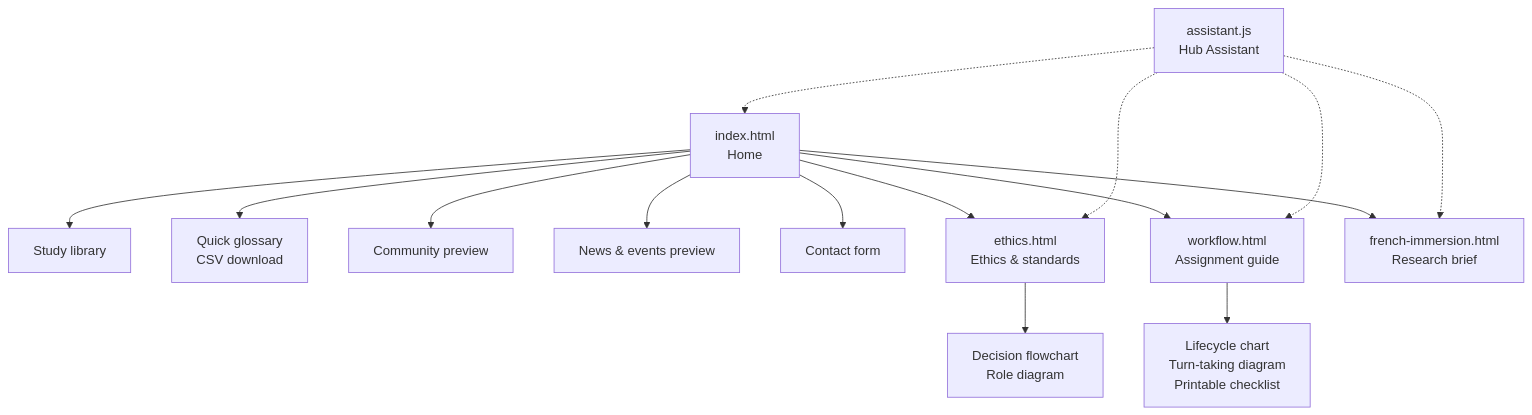
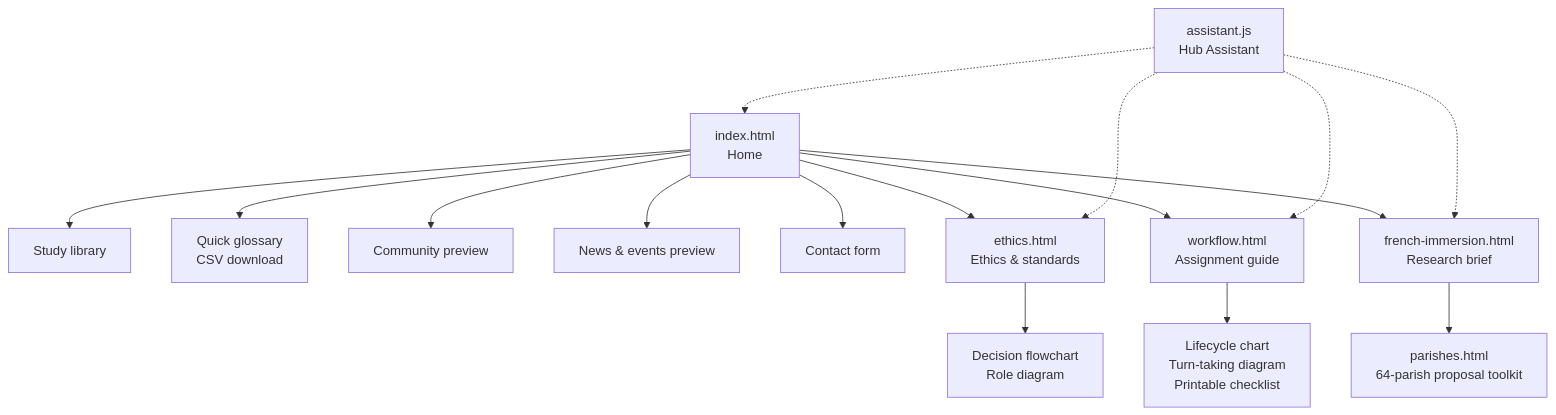
Before and after one commit to wbp318/LA-Interpreter-Hub-Website-fork: the first of 3 diagrams in README.md, drawn with Mermaid. The commit also changed other lines of this file and 10 other files, not shown here.

Commit message:
Add parish proposal toolkit for all 64 parishes with honest status flags and generator

````diff
--- a/README.md
+++ b/README.md
@@ -23,17 +24,18 @@
 ```mermaid
 flowchart TD
 H["index.html<br/>Home"] --> L["Study library"]
 H --> G["Quick glossary<br/>CSV download"]
 H --> C["Community preview"]
 H --> E["News & events preview"]
 H --> F["Contact form"]
 H --> ET["ethics.html<br/>Ethics & standards"]
 H --> W["workflow.html<br/>Assignment guide"]
 H --> FI["french-immersion.html<br/>Research brief"]
+FI --> PP["parishes.html<br/>64-parish proposal toolkit"]
 ET --> M1["Decision flowchart<br/>Role diagram"]
 W --> M2["Lifecycle chart<br/>Turn-taking diagram<br/>Printable checklist"]
 A["assistant.js<br/>Hub Assistant"] -.-> H
 A -.-> ET
 A -.-> W
 A -.-> FI
 ```
````
